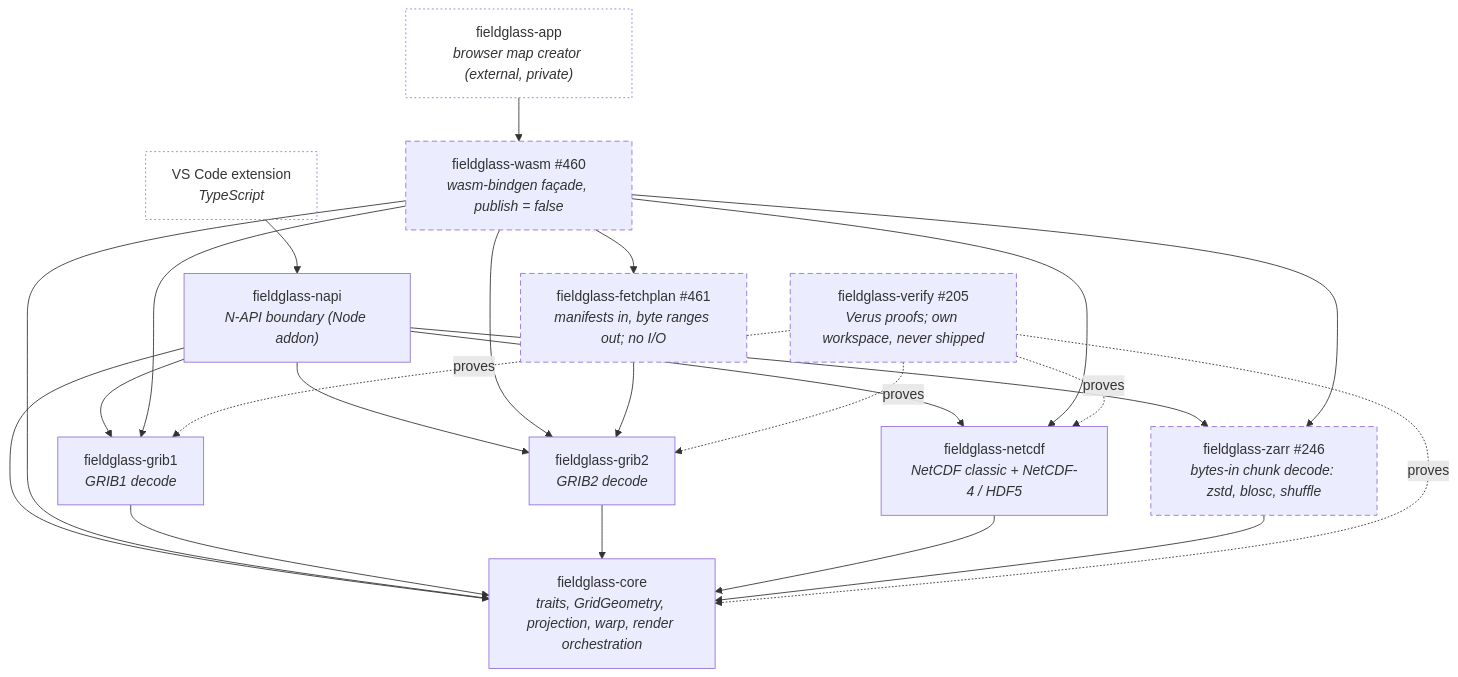
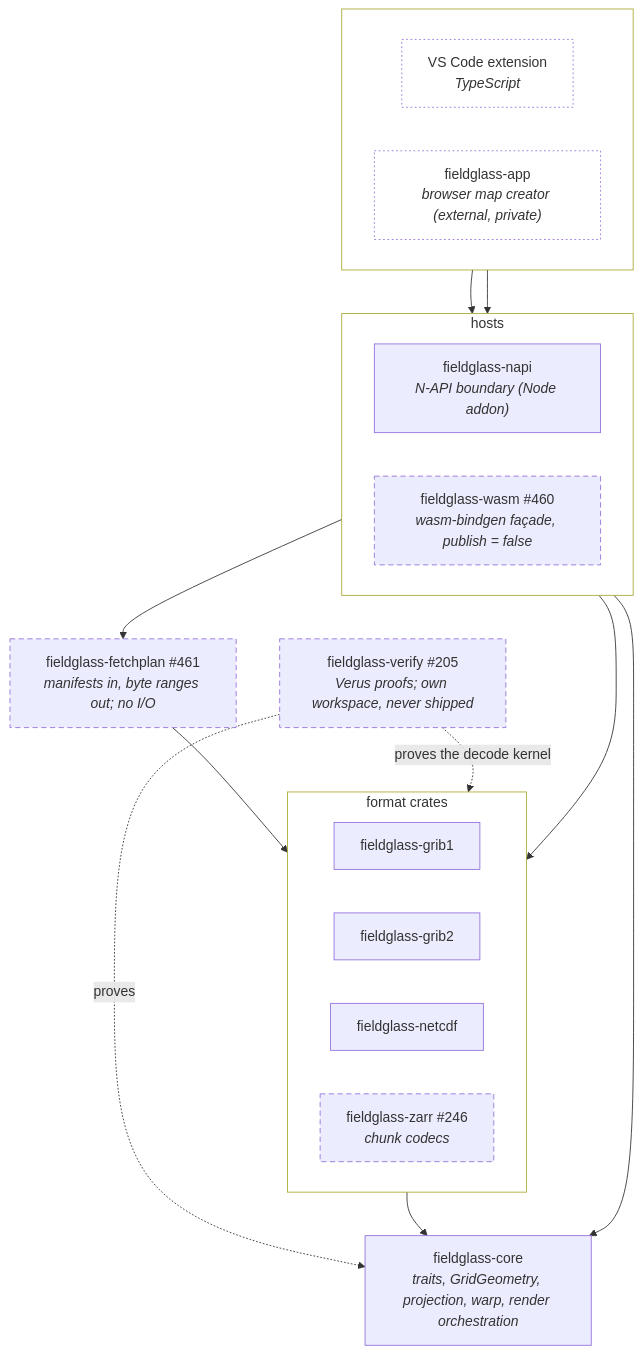
One commit to D0ubleD0uble/fieldglass changed the diagram in docs/architecture/planned/01-crates.md. Above: the diagram before and after it, drawn with Mermaid. The commit also changed other lines of this file, not shown here.

Commit message:
docs(architecture): layer the planned crate graph so edges stop crossing
Group consumers, hosts, and format crates into boxes and draw the host
fan-out as edges to the box, so two hosts × five crates no longer cross
behind the nodes.

Claude-Session: https://claude.ai/code/session_01HXQLdNBg23o81NEfApXYhF

````diff
--- a/docs/architecture/planned/01-crates.md
+++ b/docs/architecture/planned/01-crates.md
@@ -11,42 +11,40 @@
 ```mermaid
-flowchart TD
-    app["fieldglass-app<br/><i>browser map creator (external, private)</i>"]
-    ext["VS Code extension<br/><i>TypeScript</i>"]
-    napi["fieldglass-napi<br/><i>N-API boundary (Node addon)</i>"]
-    wasm["fieldglass-wasm #460<br/><i>wasm-bindgen façade, publish = false</i>"]
+flowchart TB
+    subgraph consumers[" "]
+        direction LR
+        ext["VS Code extension<br/><i>TypeScript</i>"]
+        app["fieldglass-app<br/><i>browser map creator (external, private)</i>"]
+    end
+    subgraph hosts["hosts"]
+        direction LR
+        napi["fieldglass-napi<br/><i>N-API boundary (Node addon)</i>"]
+        wasm["fieldglass-wasm #460<br/><i>wasm-bindgen façade, publish = false</i>"]
+    end
+    subgraph formats["format crates"]
+        direction LR
+        grib1["fieldglass-grib1"]
+        grib2["fieldglass-grib2"]
+        netcdf["fieldglass-netcdf"]
+        zarr["fieldglass-zarr #246<br/><i>chunk codecs</i>"]
+    end
     fetchplan["fieldglass-fetchplan #461<br/><i>manifests in, byte ranges out; no I/O</i>"]
-    zarr["fieldglass-zarr #246<br/><i>bytes-in chunk decode: zstd, blosc, shuffle</i>"]
-    grib1["fieldglass-grib1<br/><i>GRIB1 decode</i>"]
-    grib2["fieldglass-grib2<br/><i>GRIB2 decode</i>"]
-    netcdf["fieldglass-netcdf<br/><i>NetCDF classic + NetCDF-4 / HDF5</i>"]
     core["fieldglass-core<br/><i>traits, GridGeometry, projection, warp, render orchestration</i>"]
     verify["fieldglass-verify #205<br/><i>Verus proofs; own workspace, never shipped</i>"]
 
     ext --> napi
     app --> wasm
-    napi --> grib1
-    napi --> grib2
-    napi --> netcdf
-    napi --> zarr
-    napi --> core
-    wasm --> grib1
-    wasm --> grib2
-    wasm --> netcdf
-    wasm --> zarr
+    hosts --> formats
     wasm --> fetchplan
-    wasm --> core
-    grib1 --> core
-    grib2 --> core
-    netcdf --> core
-    zarr --> core
     fetchplan --> grib2
+    formats --> core
+    hosts --> core
+    verify -. proves the decode kernel .-> formats
     verify -. proves .-> core
-    verify -. proves .-> grib1
-    verify -. proves .-> grib2
-    verify -. proves .-> netcdf
 
     classDef planned stroke-dasharray: 6 4
     classDef external fill:none,stroke-dasharray: 2 3
+    classDef group fill:none
     class wasm,fetchplan,zarr,verify planned
     class app,ext external
+    class consumers,hosts,formats group
 ```
````
